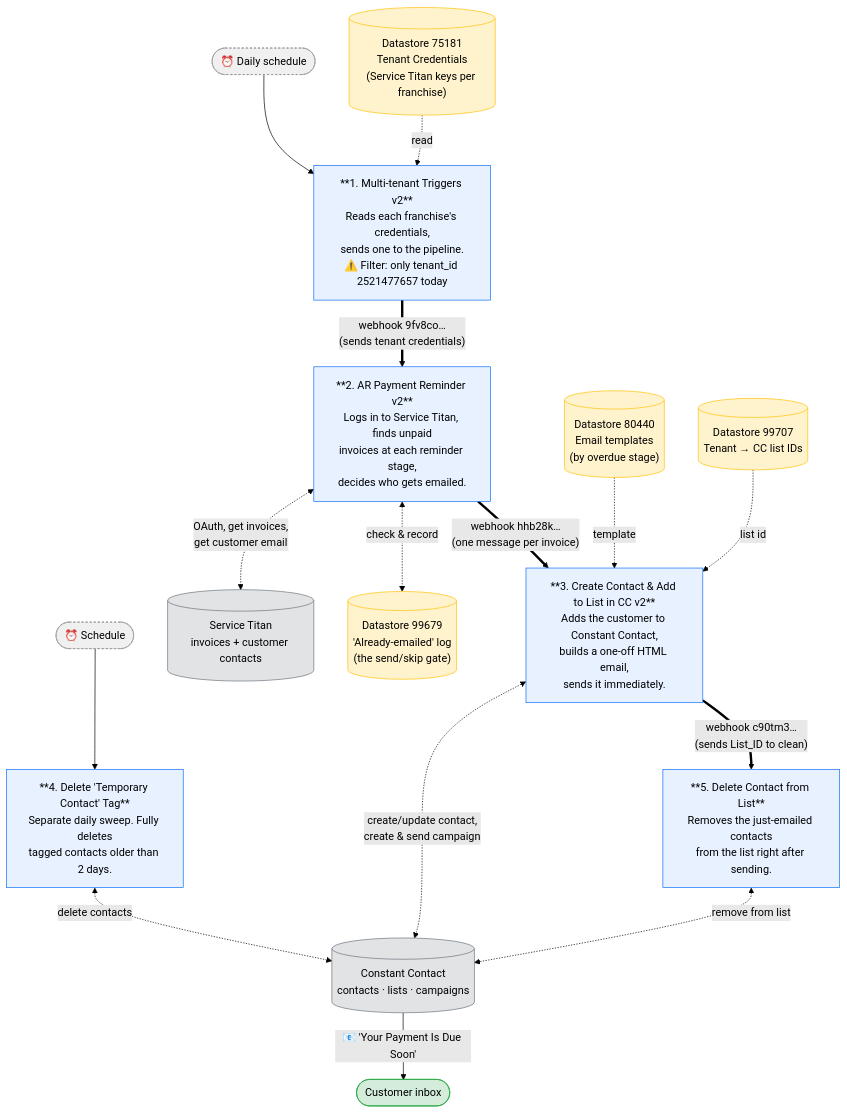
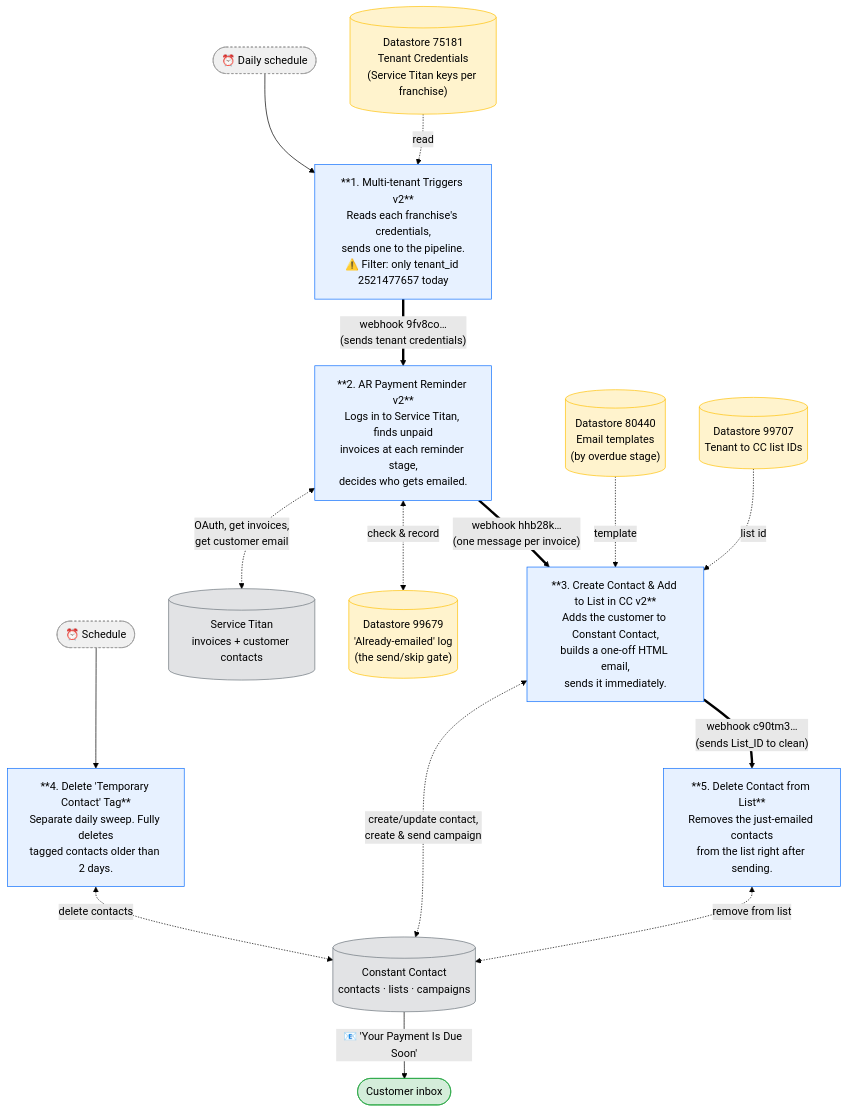
Before and after one commit to Zerubabel-J/ar-automation-docs: the second of 4 diagrams in README.md, drawn with Mermaid (forest theme). The commit also changed other lines of this file, not shown here.

````diff
--- a/README.md
+++ b/README.md
@@ -91,39 +84,39 @@
 ```mermaid
 flowchart TD
     SCHED([⏰ Daily schedule]):::trig --> S1
     SCHED4([⏰ Schedule]):::trig --> S4
 
     S1["**1. Multi-tenant Triggers v2**<br/>Reads each franchise's credentials,<br/>sends one to the pipeline.<br/>⚠️ Filter: only tenant_id 2521477657 today"]:::scn
     DS75181[("Datastore 75181<br/>Tenant Credentials<br/>(Service Titan keys per franchise)")]:::data
     DS75181 -.read.-> S1
     S1 == "webhook 9fv8co…<br/>(sends tenant credentials)" ==> S2
 
     S2["**2. AR Payment Reminder v2**<br/>Logs in to Service Titan, finds unpaid<br/>invoices at each reminder stage,<br/>decides who gets emailed."]:::scn
     ST[(Service Titan<br/>invoices + customer contacts)]:::ext
     DS99679[("Datastore 99679<br/>'Already-emailed' log<br/>(the send/skip gate)")]:::data
     S2 <-."OAuth, get invoices,<br/>get customer email".-> ST
     S2 <-."check & record".-> DS99679
     S2 == "webhook hhb28k…<br/>(one message per invoice)" ==> S3
 
     S3["**3. Create Contact & Add to List in CC v2**<br/>Adds the customer to Constant Contact,<br/>builds a one-off HTML email,<br/>sends it immediately."]:::scn
     DS80440[("Datastore 80440<br/>Email templates<br/>(by overdue stage)")]:::data
-    DS99707[("Datastore 99707<br/>Tenant → CC list IDs")]:::data
+    DS99707[("Datastore 99707<br/>Tenant to CC list IDs")]:::data
     CC[(Constant Contact<br/>contacts · lists · campaigns)]:::ext
     DS80440 -.template.-> S3
     DS99707 -.list id.-> S3
     S3 <-."create/update contact,<br/>create & send campaign".-> CC
     CC -- "📧 'Your Payment Is Due Soon'" --> CUST([Customer inbox]):::done
     S3 == "webhook c90tm3…<br/>(sends List_ID to clean)" ==> S5
 
     S5["**5. Delete Contact from List**<br/>Removes the just-emailed contacts<br/>from the list right after sending."]:::scn
     S5 <-."remove from list".-> CC
 
     S4["**4. Delete 'Temporary Contact' Tag**<br/>Separate daily sweep. Fully deletes<br/>tagged contacts older than 2 days."]:::scn
     S4 <-."delete contacts".-> CC
 
     classDef scn fill:#e7f1ff,stroke:#0d6efd,color:#000;
     classDef data fill:#fff3cd,stroke:#ffc107,color:#000;
     classDef ext fill:#e2e3e5,stroke:#6c757d,color:#000;
     classDef trig fill:#f0f0f0,stroke:#999,color:#000,stroke-dasharray: 3 3;
     classDef done fill:#d4edda,stroke:#28a745,color:#000;
 ```
````
